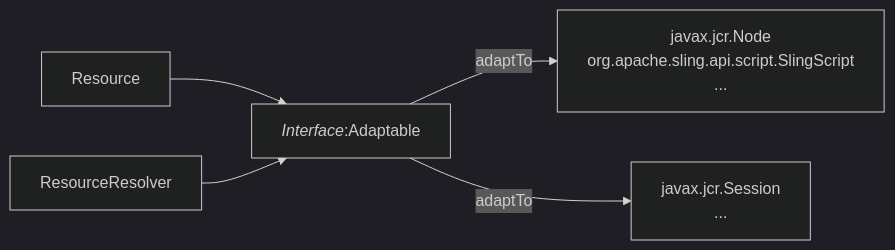
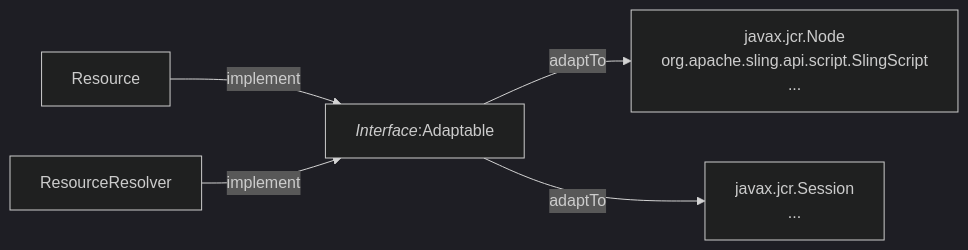
The diagram in docs/adobe/aem/sites/sling/adapter.md (Xiong1028/LearningBase), drawn with Mermaid (dark theme) before and after one commit. The commit also changed other lines of this file and 3 other files, not shown here.

````diff
--- a/docs/adobe/aem/sites/sling/adapter.md
+++ b/docs/adobe/aem/sites/sling/adapter.md
@@ -3,5 +3,5 @@
 ```mermaid  
     flowchart LR
-    a[Resource] -->b[<em>Interface</em>:Adaptable]
-    c[ResourceResolver] -->b --> |adaptTo|a1[javax.jcr.Node<br>org.apache.sling.api.script.SlingScript<br>...] & c1[javax.jcr.Session<br>...]
+    a[Resource] -->|implement| b[<em>Interface</em>:Adaptable]
+    c[ResourceResolver] -->|implement| b --> |adaptTo|a1[javax.jcr.Node<br>org.apache.sling.api.script.SlingScript<br>...] & c1[javax.jcr.Session<br>...]
 ```
````
